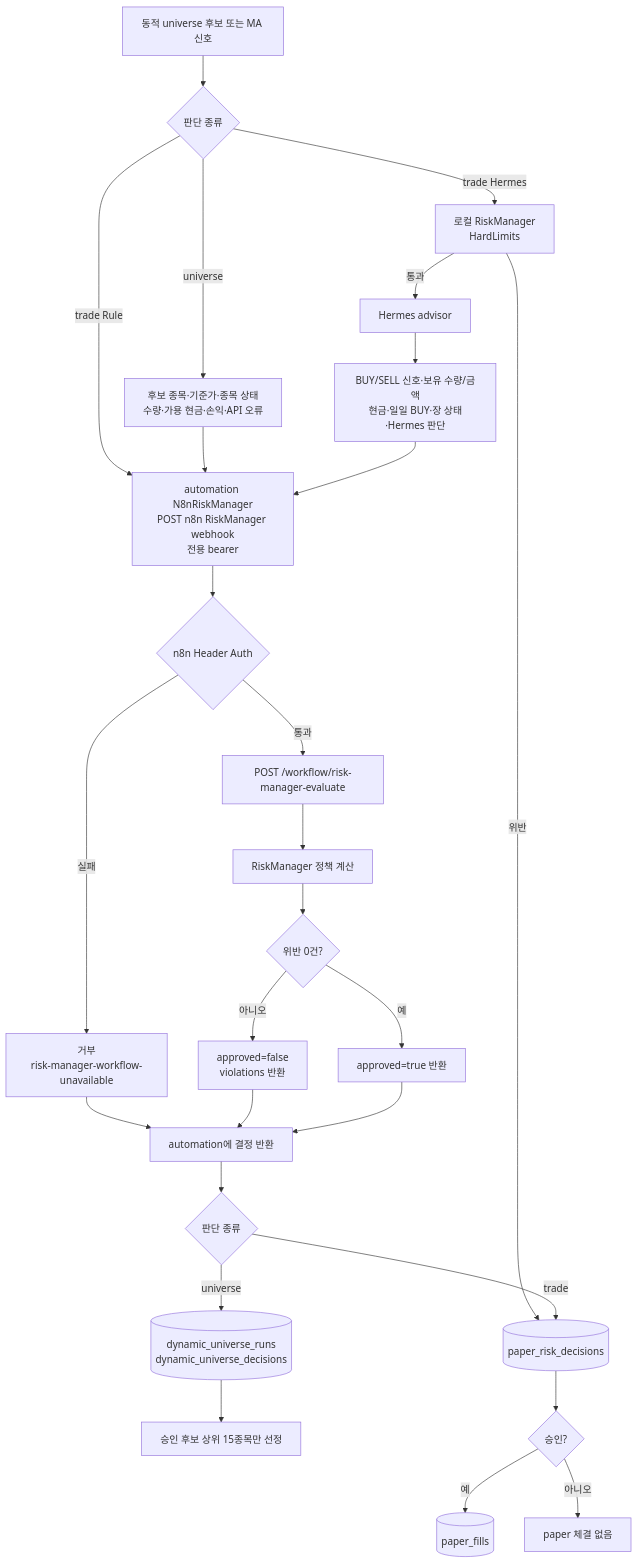
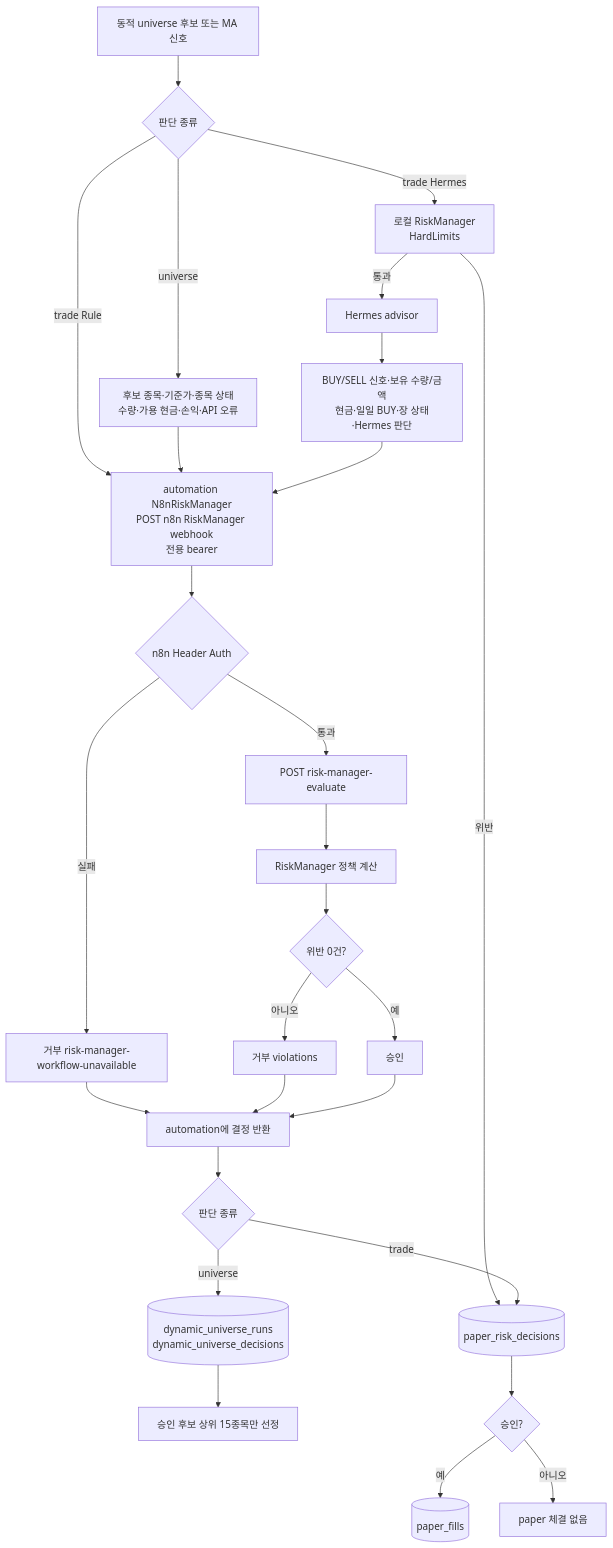
The tenth of 12 diagrams in docs/system-workflow.md (hunchulchoi/toss-trader), drawn with Mermaid before and after one commit. The commit also changed other lines of this file and 12 other files, not shown here.

````diff
--- a/docs/system-workflow.md
+++ b/docs/system-workflow.md
@@ -332,33 +332,33 @@
 ```mermaid
 flowchart TD
     START[동적 universe 후보 또는 MA 신호] --> KIND{판단 종류}
 
     KIND -->|universe| UIN[후보 종목·기준가·종목 상태\n수량·가용 현금·손익·API 오류]
     KIND -->|trade Rule| REQUEST
     KIND -->|trade Hermes| PRE[로컬 RiskManager\nHardLimits]
     PRE -->|위반| RLEDGER
     PRE -->|통과| HA[Hermes advisor]
     HA --> TIN
     UIN --> REQUEST
     TIN[BUY/SELL 신호·보유 수량/금액\n현금·일일 BUY·장 상태·Hermes 판단] --> REQUEST
 
     REQUEST[automation N8nRiskManager\nPOST n8n RiskManager webhook\n전용 bearer] --> AUTH{n8n Header Auth}
-    AUTH -->|실패| CLOSED[거부\nrisk-manager-workflow-unavailable]
-    AUTH -->|통과| EVAL[POST /workflow/risk-manager-evaluate]
+    AUTH -->|실패| CLOSED[거부 risk-manager-workflow-unavailable]
+    AUTH -->|통과| EVAL[POST risk-manager-evaluate]
     EVAL --> POLICY[RiskManager 정책 계산]
     POLICY --> DECISION{위반 0건?}
 
-    DECISION -->|아니오| REJECT[approved=false\nviolations 반환]
-    DECISION -->|예| APPROVE[approved=true 반환]
+    DECISION -->|아니오| REJECT[거부 violations]
+    DECISION -->|예| APPROVE[승인]
     CLOSED --> RETURN
     REJECT --> RETURN[automation에 결정 반환]
     APPROVE --> RETURN
 
     RETURN --> TYPE{판단 종류}
     TYPE -->|universe| ULEDGER[(dynamic_universe_runs\ndynamic_universe_decisions)]
     TYPE -->|trade| RLEDGER[(paper_risk_decisions)]
     ULEDGER --> SELECT[승인 후보 상위 15종목만 선정]
     RLEDGER --> FILL{승인?}
     FILL -->|예| PAPER[(paper_fills)]
     FILL -->|아니오| NOFILL[paper 체결 없음]
 ```
````
